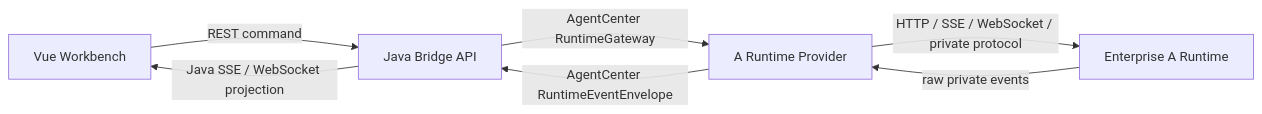
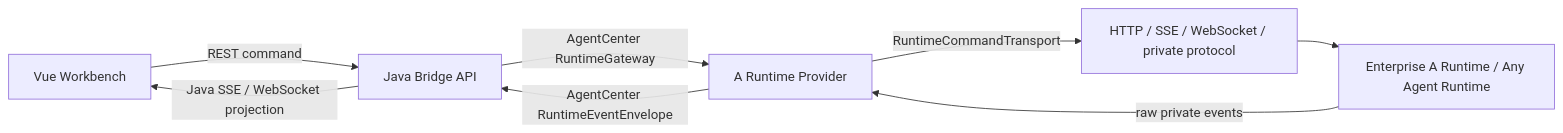
One commit to Hzzzzzx/AgentCenter changed the diagram in docs/architecture/A-RUNTIME-ADAPTER-VALIDATION-PLAN.md. Above: the diagram before and after it, drawn with Mermaid. The commit also changed other lines of this file, not shown here.

Commit message:
docs: expand a runtime integration guide

````diff
--- a/docs/architecture/A-RUNTIME-ADAPTER-VALIDATION-PLAN.md
+++ b/docs/architecture/A-RUNTIME-ADAPTER-VALIDATION-PLAN.md
@@ -29,9 +41,10 @@
 ```mermaid
 flowchart LR
     UI["Vue Workbench"] -->|"REST command"| Bridge["Java Bridge API"]
     Bridge -->|"AgentCenter RuntimeGateway"| Provider["A Runtime Provider"]
-    Provider -->|"HTTP / SSE / WebSocket / private protocol"| ARuntime["Enterprise A Runtime"]
+    Provider -->|"RuntimeCommandTransport"| Transport["HTTP / SSE / WebSocket / private protocol"]
+    Transport --> ARuntime["Enterprise A Runtime / Any Agent Runtime"]
     ARuntime -->|"raw private events"| Provider
     Provider -->|"AgentCenter RuntimeEventEnvelope"| Bridge
     Bridge -->|"Java SSE / WebSocket projection"| UI
 ```
````
